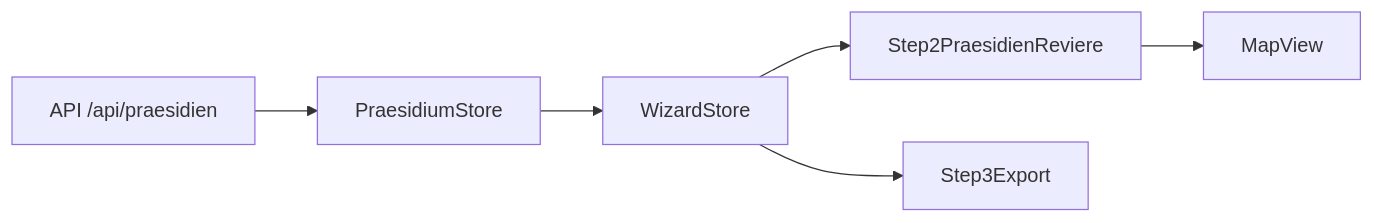
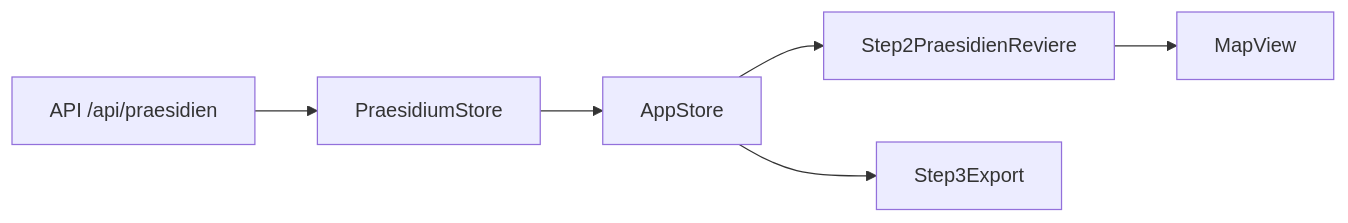
The second of 3 diagrams in ARCHITEKTUR-UEBERSICHT.md (mirosenski/revierkompass-v5), drawn with Mermaid before and after one commit. The commit also changed other lines of this file and 9 other files, not shown here.

````diff
--- a/ARCHITEKTUR-UEBERSICHT.md
+++ b/ARCHITEKTUR-UEBERSICHT.md
@@ -76,8 +76,8 @@
 ```mermaid
 graph LR
   API[API /api/praesidien] --> PraesidiumStore[PraesidiumStore]
-  PraesidiumStore --> WizardStore[WizardStore]
-  WizardStore --> Step2[Step2PraesidienReviere]
+  PraesidiumStore --> AppStore[AppStore]
+  AppStore --> Step2[Step2PraesidienReviere]
   Step2 --> MapView[MapView]
-  WizardStore --> Step3[Step3Export]
+  AppStore --> Step3[Step3Export]
 ```
````
